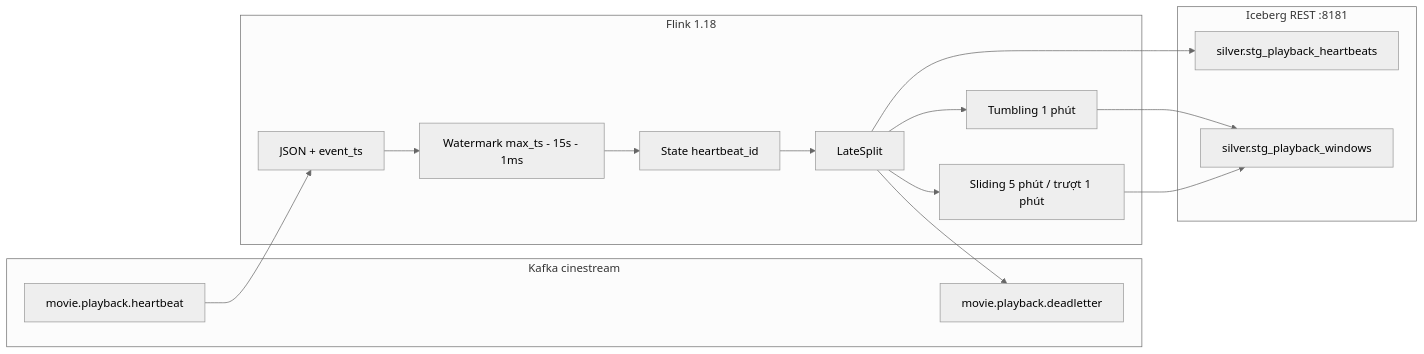
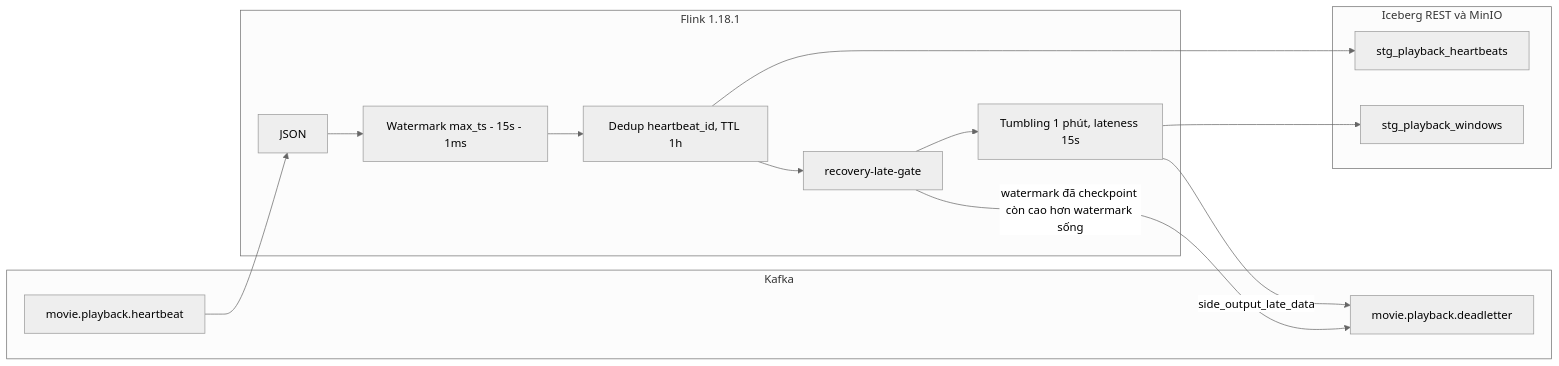
One commit to LongDeutsch/CW_edai_k11_cine_system changed the diagram in docs/proof/04_streaming_flink_proof.md. Above: the diagram before and after it, drawn with Mermaid (neutral theme). The commit also changed other lines of this file and 16 other files, not shown here.

First line of the commit message:
feat: keep one tumbling window and recover lateness from the aligned watermark

````diff
--- a/docs/proof/04_streaming_flink_proof.md
+++ b/docs/proof/04_streaming_flink_proof.md
@@ -12,24 +19,23 @@
 ```mermaid
 flowchart LR
-  subgraph kafka [Kafka cinestream]
+  subgraph kafka [Kafka]
     HB[movie.playback.heartbeat]
     DLQ[movie.playback.deadletter]
   end
-  subgraph flink [Flink 1.18]
-    SRC[JSON + event_ts]
+  subgraph flink [Flink 1.18.1]
+    SRC[JSON]
     WM["Watermark max_ts - 15s - 1ms"]
-    DEDUP[State heartbeat_id]
-    SPLIT[LateSplit]
-    TUM[Tumbling 1 phút]
-    SLD[Sliding 5 phút / trượt 1 phút]
+    DEDUP["Dedup heartbeat_id, TTL 1h"]
+    GATE[recovery-late-gate]
+    TUM["Tumbling 1 phút, lateness 15s"]
   end
-  subgraph lake [Iceberg REST :8181]
-    HBICE[silver.stg_playback_heartbeats]
-    WIN[silver.stg_playback_windows]
+  subgraph lake [Iceberg REST và MinIO]
+    HBICE[stg_playback_heartbeats]
+    WIN[stg_playback_windows]
   end
-  HB --> SRC --> WM --> DEDUP --> SPLIT
-  SPLIT --> TUM --> WIN
-  SPLIT --> SLD --> WIN
-  SPLIT --> HBICE
-  SPLIT --> DLQ
+  HB --> SRC --> WM --> DEDUP
+  DEDUP --> HBICE
+  DEDUP --> GATE --> TUM --> WIN
+  TUM -->|side_output_late_data| DLQ
+  GATE -->|watermark đã checkpoint còn cao hơn watermark sống| DLQ
 ```
````
